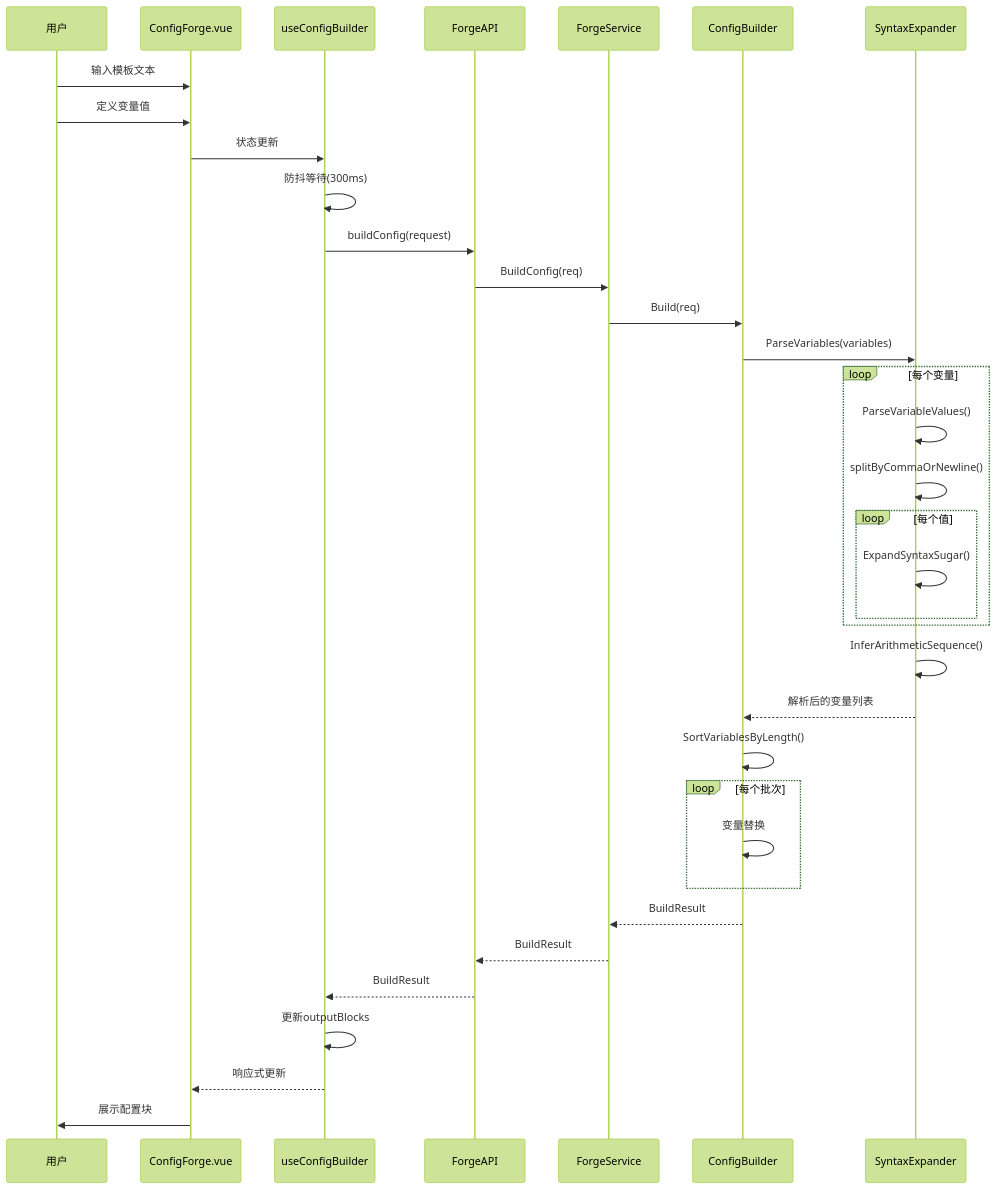
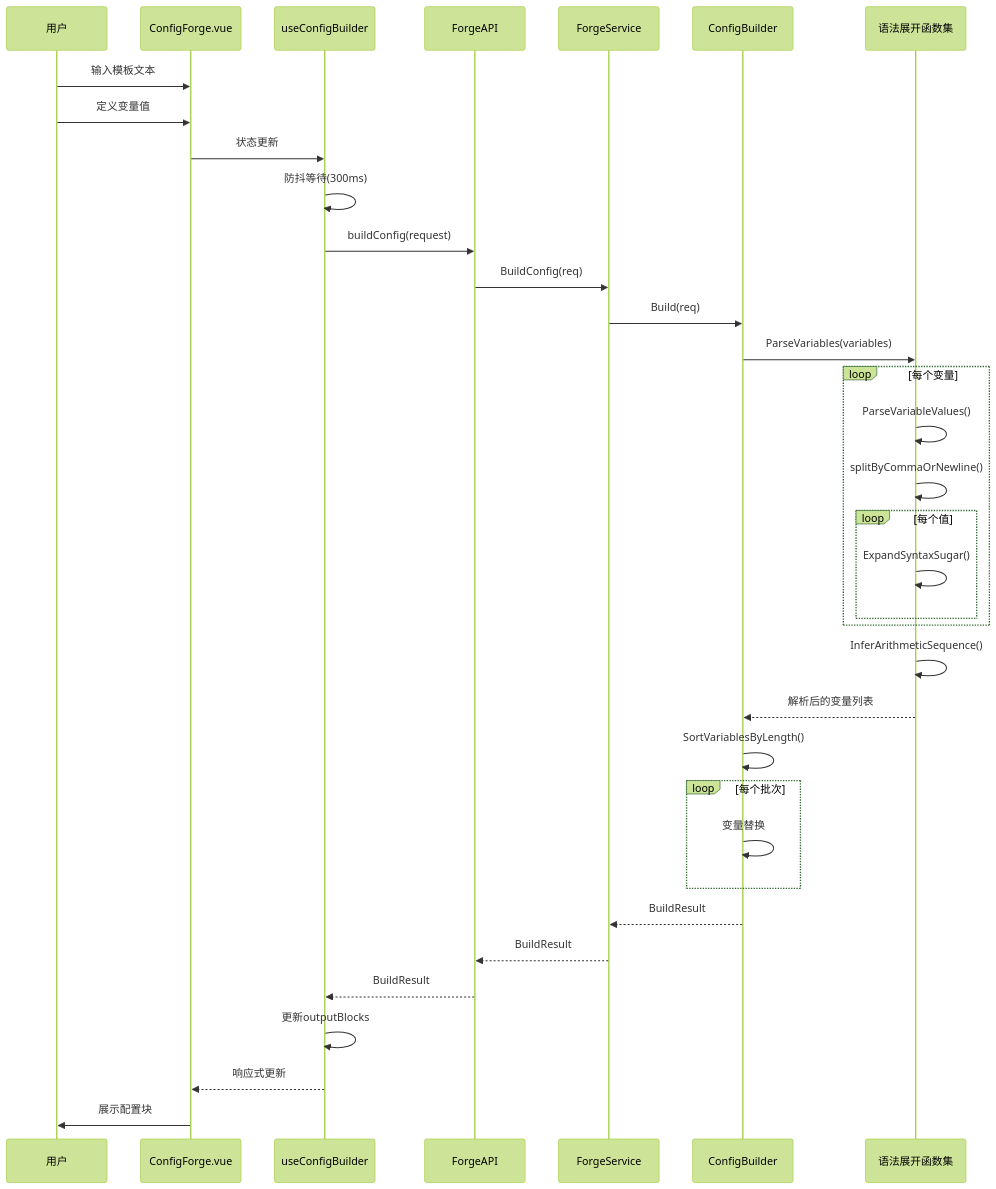
One commit to DeavorWei/NetWeaverGo changed the first of 4 diagrams in docs/功能模块说明书/配置构建模块功能和逻辑.md. Above: the diagram before and after it, drawn with Mermaid (forest theme). The commit also changed other lines of this file and 14 other files, not shown here.

````diff
--- a/docs/功能模块说明书/配置构建模块功能和逻辑.md
+++ b/docs/功能模块说明书/配置构建模块功能和逻辑.md
@@ -257,41 +257,41 @@
 ```mermaid
 sequenceDiagram
     participant User as 用户
     participant Vue as ConfigForge.vue
     participant Comp as useConfigBuilder
     participant API as ForgeAPI
     participant Service as ForgeService
     participant Builder as ConfigBuilder
-    participant Expander as SyntaxExpander
+    participant Expander as 语法展开函数集
 
     User->>Vue: 输入模板文本
     User->>Vue: 定义变量值
     Vue->>Comp: 状态更新
     Comp->>Comp: 防抖等待(300ms)
     Comp->>API: buildConfig(request)
     API->>Service: BuildConfig(req)
     Service->>Builder: Build(req)
     
     Builder->>Expander: ParseVariables(variables)
     loop 每个变量
         Expander->>Expander: ParseVariableValues()
         Expander->>Expander: splitByCommaOrNewline()
         loop 每个值
             Expander->>Expander: ExpandSyntaxSugar()
         end
     end
     
     Expander->>Expander: InferArithmeticSequence()
     Expander-->>Builder: 解析后的变量列表
     
     Builder->>Builder: SortVariablesByLength()
     loop 每个批次
         Builder->>Builder: 变量替换
     end
     Builder-->>Service: BuildResult
     Service-->>API: BuildResult
     API-->>Comp: BuildResult
     Comp->>Comp: 更新outputBlocks
     Comp-->>Vue: 响应式更新
     Vue->>User: 展示配置块
 ```
````
